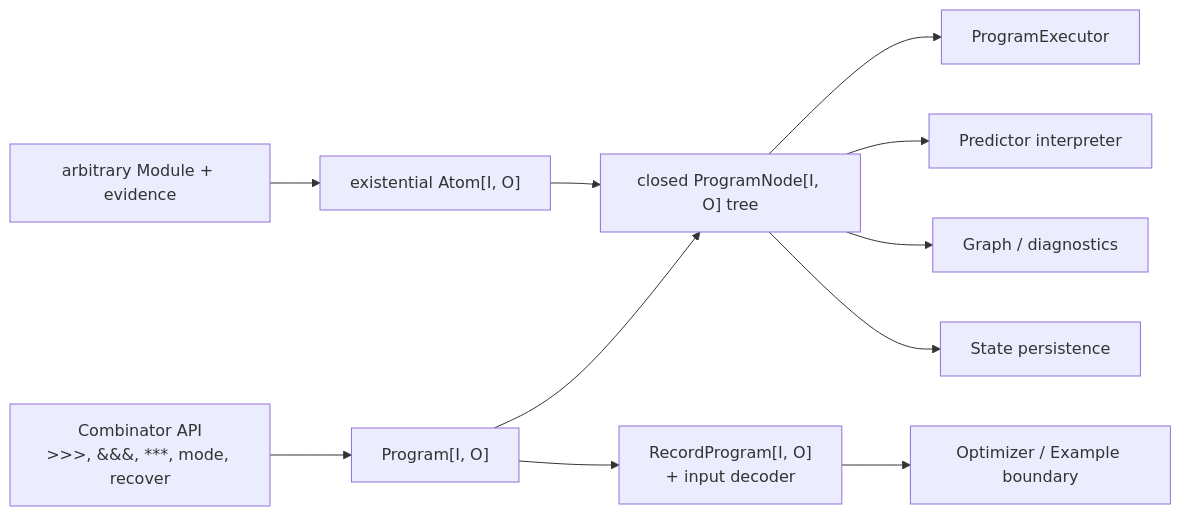
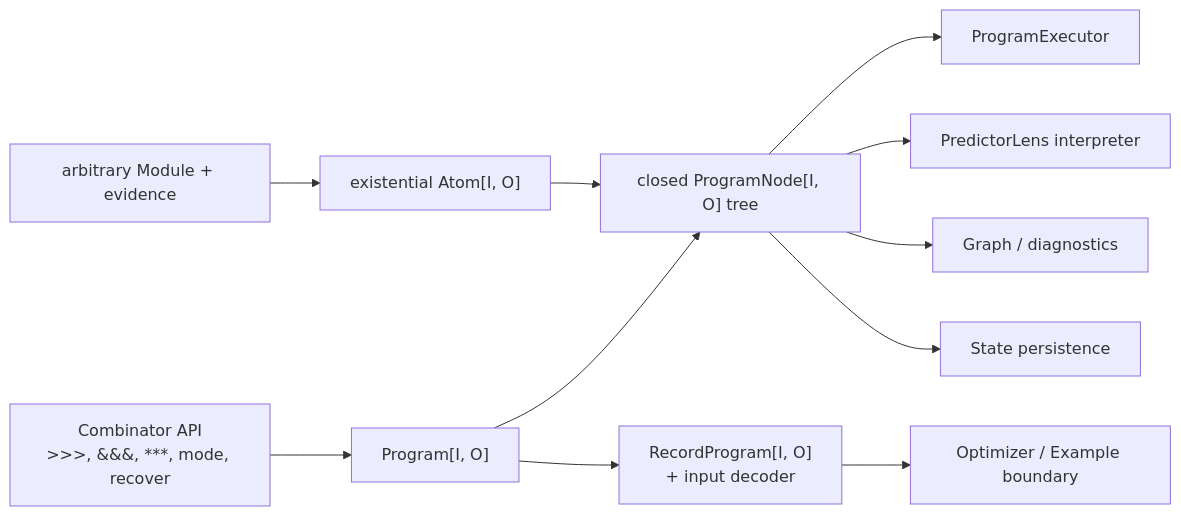
One commit to jpablo/dspy4s changed the diagram in docs/refactor/program-ast-interpreters.md. Above: the diagram before and after it, drawn with Mermaid. The commit also changed other lines of this file and 84 other files, not shown here.

````diff
--- a/docs/refactor/program-ast-interpreters.md
+++ b/docs/refactor/program-ast-interpreters.md
@@ -85,13 +85,13 @@
 ```mermaid
 flowchart LR
     API["Combinator API\n>>>, &&&, ***, mode, recover"] --> Program["Program[I, O]"]
     Program --> Node["closed ProgramNode[I, O] tree"]
     Module["arbitrary Module + evidence"] --> Atom["existential Atom[I, O]"]
     Atom --> Node
     Node --> Run["ProgramExecutor"]
-    Node --> Params["Predictor interpreter"]
+    Node --> Params["PredictorLens interpreter"]
     Node --> Graph["Graph / diagnostics"]
     Node --> State["State persistence"]
     Program --> Record["RecordProgram[I, O]\n+ input decoder"]
     Record --> Optimizer["Optimizer / Example boundary"]
 ```
````
